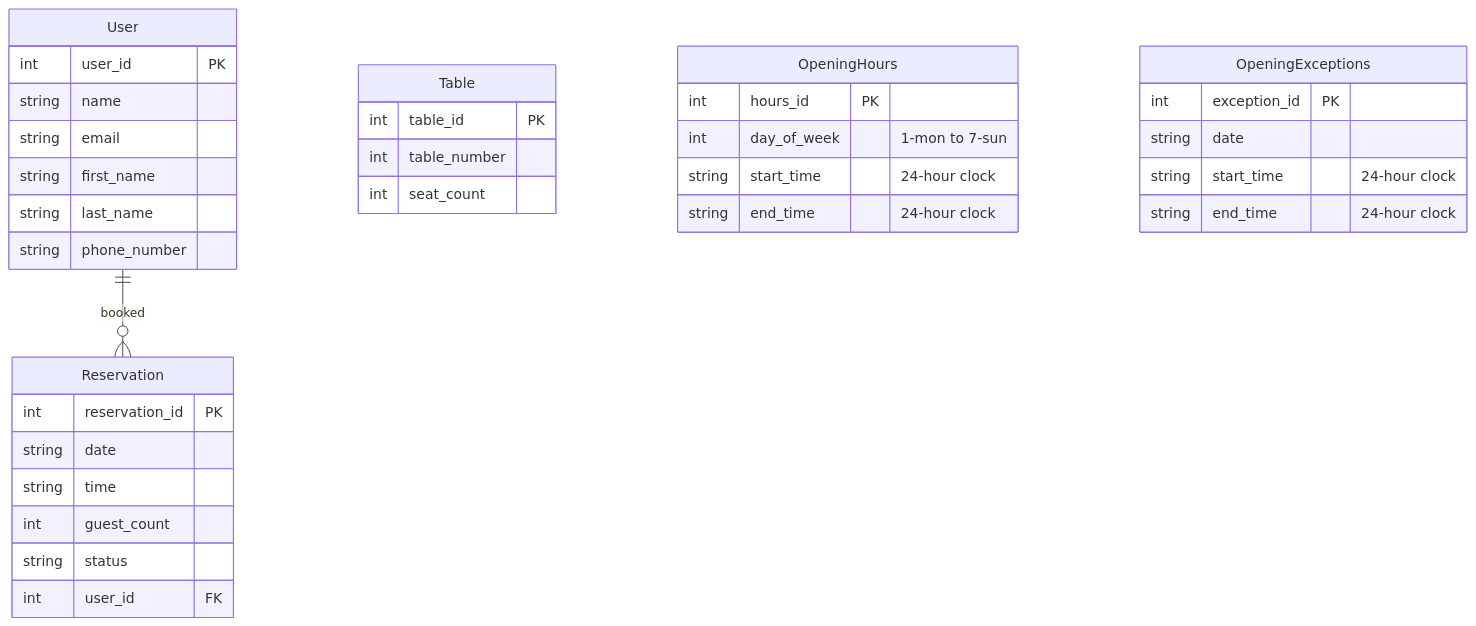
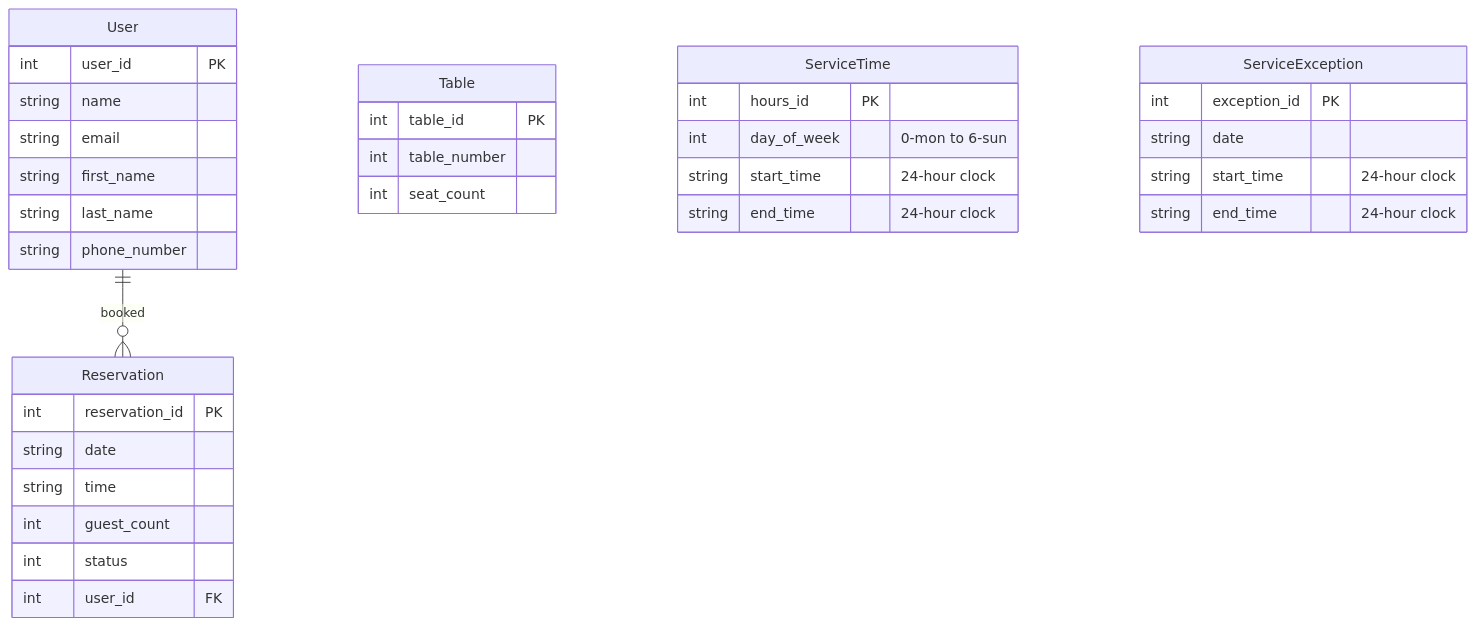
The diagram in README.md (ctr-code/heart-of-ruritania), drawn with Mermaid before and after one commit. The commit also changed 5 other files, not shown here.

````diff
--- a/README.md
+++ b/README.md
@@ -40,37 +40,37 @@
 ``` mermaid
 erDiagram
     User ||--o{ Reservation : booked
     User {
         int user_id PK
         string name
         string email
         string first_name
         string last_name
         string phone_number
     }
     Reservation {
         int reservation_id PK
         string date
         string time
         int guest_count
-        string status
+        int status
         int user_id FK
     }
     Table {
         int table_id PK
         int table_number
         int seat_count
     }
-    OpeningHours {
+    ServiceTime {
         int hours_id PK
-        int day_of_week "1-mon to 7-sun"
+        int day_of_week "0-mon to 6-sun"
         string start_time "24-hour clock"
         string end_time "24-hour clock"
     }
-    OpeningExceptions {
+    ServiceException {
         int exception_id PK
         string date
         string start_time "24-hour clock"
         string end_time "24-hour clock"
     }
 ```
````
